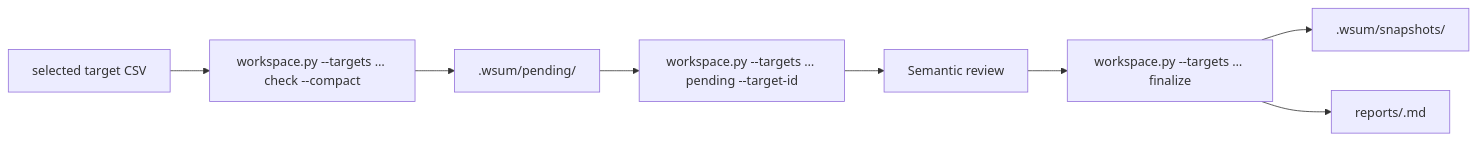
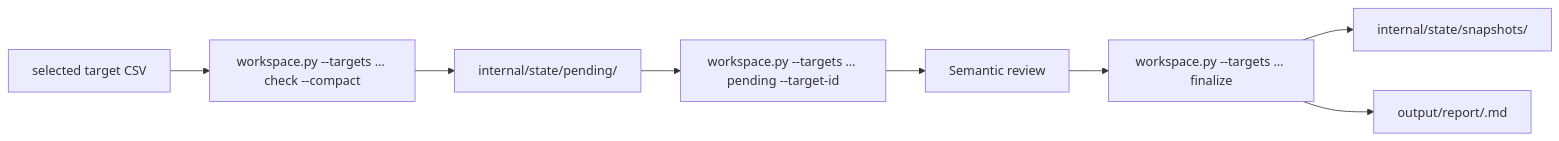
One commit to dceoy/wsum changed the first of 2 diagrams in skills/web-update-monitor/SKILL.md. Above: the diagram before and after it, drawn with Mermaid. The commit also changed other lines of this file and 9 other files, not shown here.

First line of the commit message:
Separate user-facing output from internal workspace data (#57)

````diff
--- a/skills/web-update-monitor/SKILL.md
+++ b/skills/web-update-monitor/SKILL.md
@@ -20,10 +20,10 @@
 ```mermaid
 flowchart LR
     A["selected target CSV"] --> B["workspace.py --targets … check --compact"]
-    B --> C[".wsum/pending/<target-id>"]
+    B --> C["internal/state/pending/<target-id>"]
     C --> D["workspace.py --targets … pending --target-id"]
     D --> E["Semantic review"]
     E --> F["workspace.py --targets … finalize"]
-    F --> G[".wsum/snapshots/"]
-    F --> H["reports/<run-id>.md"]
+    F --> G["internal/state/snapshots/"]
+    F --> H["output/report/<run-id>.md"]
 ```
````
